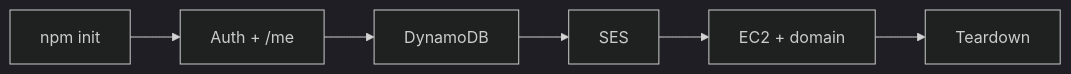
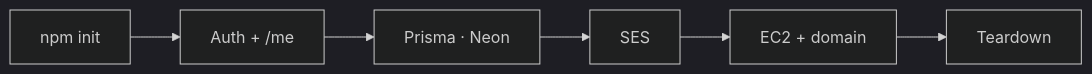
One commit to sreecharan-desu/hackx-slides changed the diagram in content/tracks/backend-from-zero/lessons/35-close.md. Above: the diagram before and after it, drawn with Mermaid (dark theme). The commit also changed other lines of this file and 38 other files, not shown here.

First line of the commit message:
Move backend deck to Prisma on Neon with TypeScript.

````diff
--- a/content/tracks/backend-from-zero/lessons/35-close.md
+++ b/content/tracks/backend-from-zero/lessons/35-close.md
@@ -8,8 +10,8 @@
 ```mermaid
 flowchart LR
   A[npm init] --> B[Auth + /me]
-  B --> C[DynamoDB]
+  B --> C[Prisma · Neon]
   C --> D[SES]
   D --> E[EC2 + domain]
   E --> F[Teardown]
 ```
````
